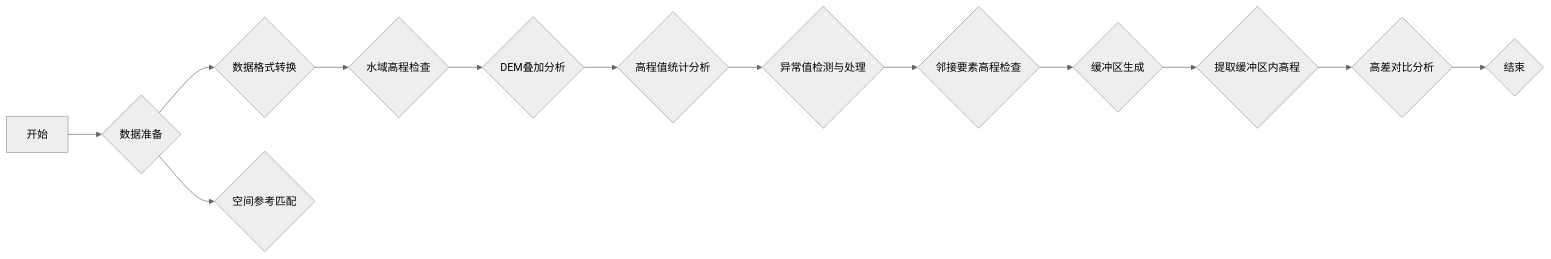
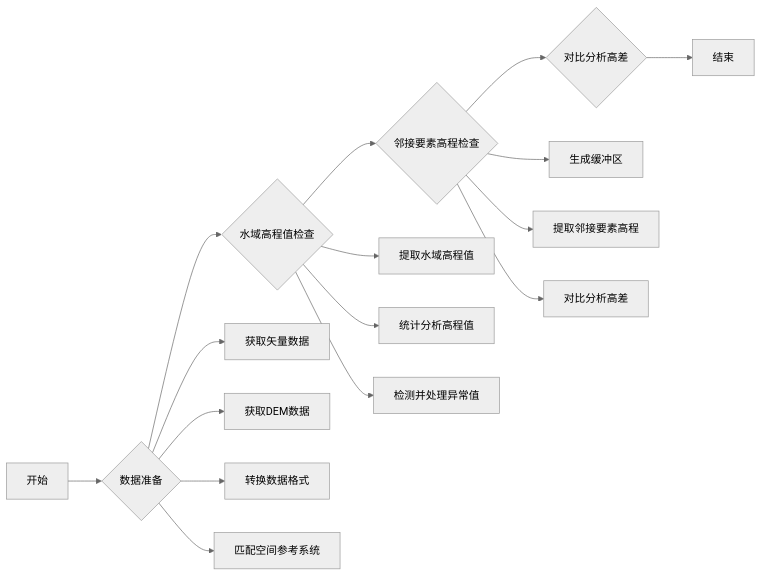
The diagram in all/未命名.md (2544622615/iodraw-files), drawn with Mermaid (neutral theme) before and after one commit.

Commit message:
2024-08-16 17:53:56 update

````diff
--- a/all/未命名.md
+++ b/all/未命名.md
@@ -1,15 +1,21 @@
 ```mermaid
 graph LR
     A[开始] --> B{数据准备}
-    B --> C{数据格式转换}
-    B --> D{空间参考匹配}
-    C --> E{水域高程检查}
-    E --> F{DEM叠加分析}
-    F --> G{高程值统计分析}
-    G --> H{异常值检测与处理}
-    H --> I{邻接要素高程检查}
-    I --> J{缓冲区生成}
-    J --> K{提取缓冲区内高程}
-    K --> L{高差对比分析}
-    L --> M{结束}
+    B --> C{水域高程值检查}
+    C --> D{邻接要素高程检查}
+    D --> E{对比分析高差}
+    E --> F[结束]
+
+    B --> B1[获取矢量数据]
+    B --> B2[获取DEM数据]
+    B --> B3[转换数据格式]
+    B --> B4[匹配空间参考系统]
+
+    C --> C1[提取水域高程值]
+    C --> C2[统计分析高程值]
+    C --> C3[检测并处理异常值]
+
+    D --> D1[生成缓冲区]
+    D --> D2[提取邻接要素高程]
+    D --> D3[对比分析高差]
 ```
````
